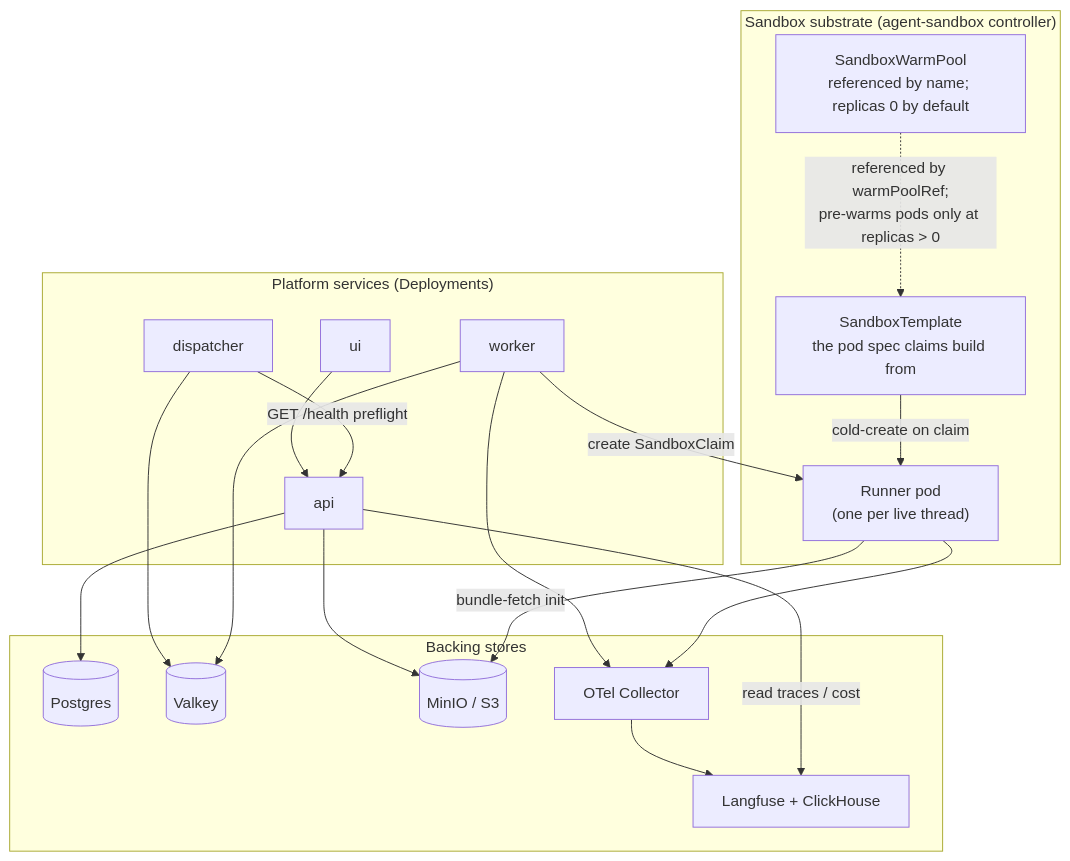
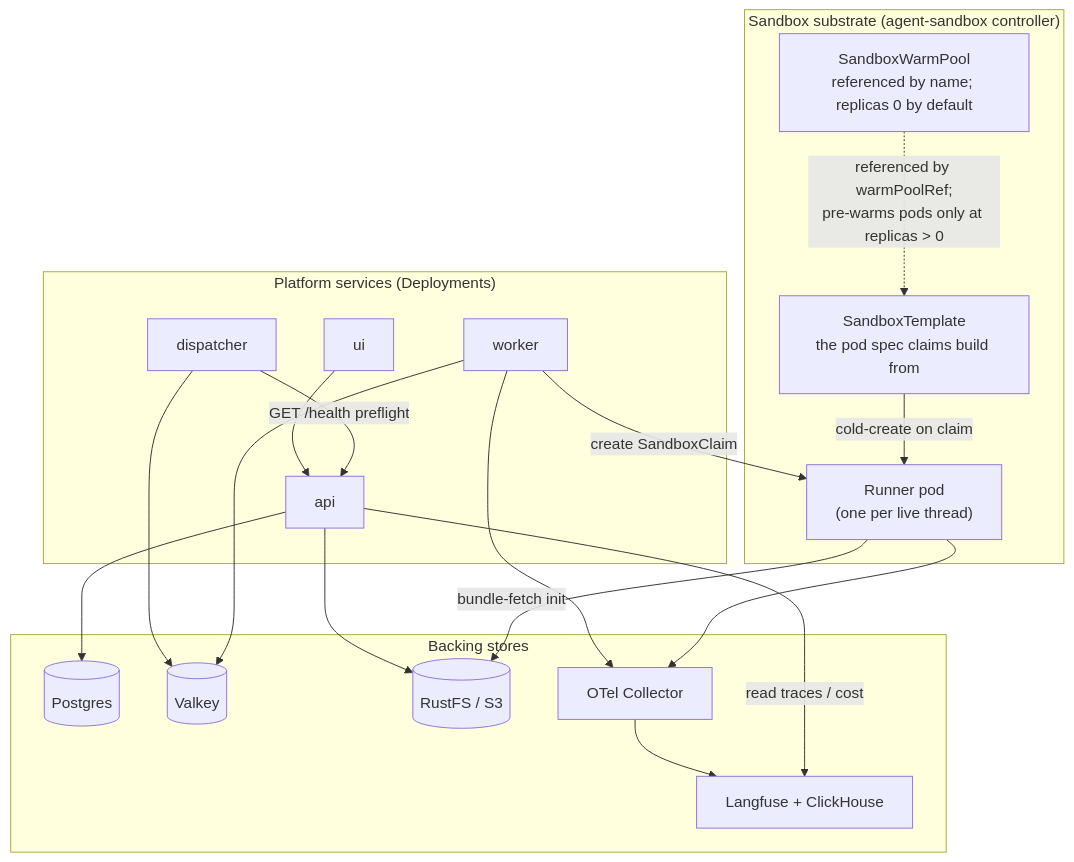
Before and after one commit to coinleftt/curie: the first of 3 diagrams in docs/diagrams/kubernetes.md, drawn with Mermaid. The commit also changed other lines of this file and 52 other files, not shown here.

First line of the commit message:
Replace MinIO with RustFS

````diff
--- a/docs/diagrams/kubernetes.md
+++ b/docs/diagrams/kubernetes.md
@@ -13,38 +13,38 @@
 ```mermaid
 flowchart TB
     subgraph platform["Platform services (Deployments)"]
         API["api"]
         Disp["dispatcher"]
         Worker["worker"]
         UI["ui"]
     end
 
     subgraph backing["Backing stores"]
         PG[("Postgres")]
         Valkey[("Valkey")]
-        MinIO[("MinIO / S3")]
+        RustFS[("RustFS / S3")]
         LF["Langfuse + ClickHouse"]
         OTel["OTel Collector"]
     end
 
     subgraph sandbox["Sandbox substrate (agent-sandbox controller)"]
         Tmpl["SandboxTemplate<br/>the pod spec claims build from"]
         Pool["SandboxWarmPool<br/>referenced by name; replicas 0 by default"]
         Pod["Runner pod<br/>(one per live thread)"]
         Tmpl -- "cold-create on claim" --> Pod
     end
 
     UI --> API
     API --> PG
-    API --> MinIO
+    API --> RustFS
     Disp --> Valkey
     Disp -- "GET /health preflight" --> API
     Worker --> Valkey
     Worker -- "create SandboxClaim" --> Pod
     Pool -. "referenced by warmPoolRef;<br/>pre-warms pods only at replicas > 0" .-> Tmpl
-    Pod -- "bundle-fetch init" --> MinIO
+    Pod -- "bundle-fetch init" --> RustFS
     Worker --> OTel
     Pod --> OTel
     OTel --> LF
     API -- "read traces / cost" --> LF
 ```
````
